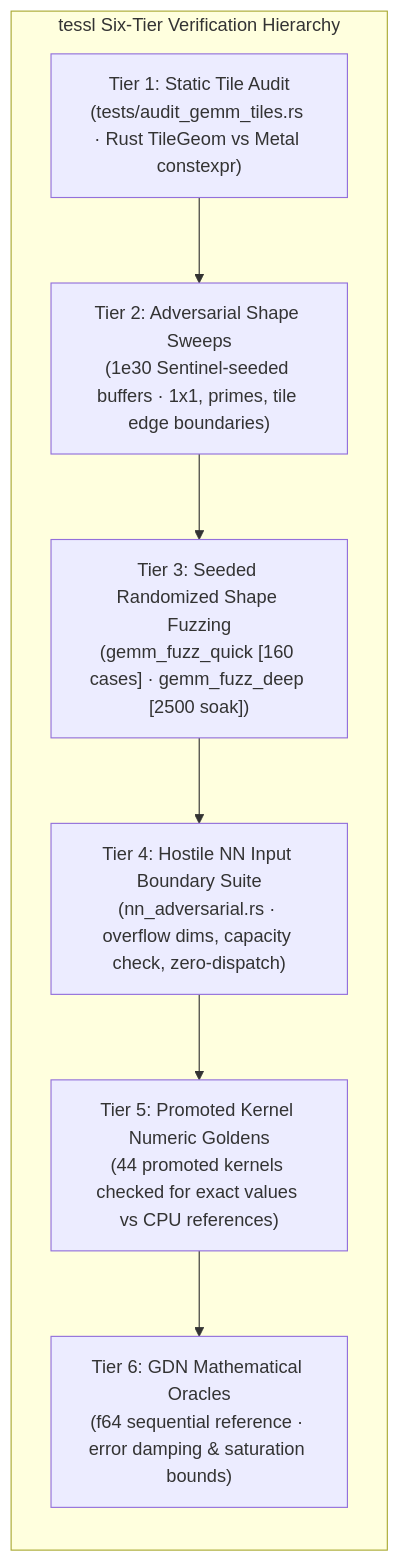
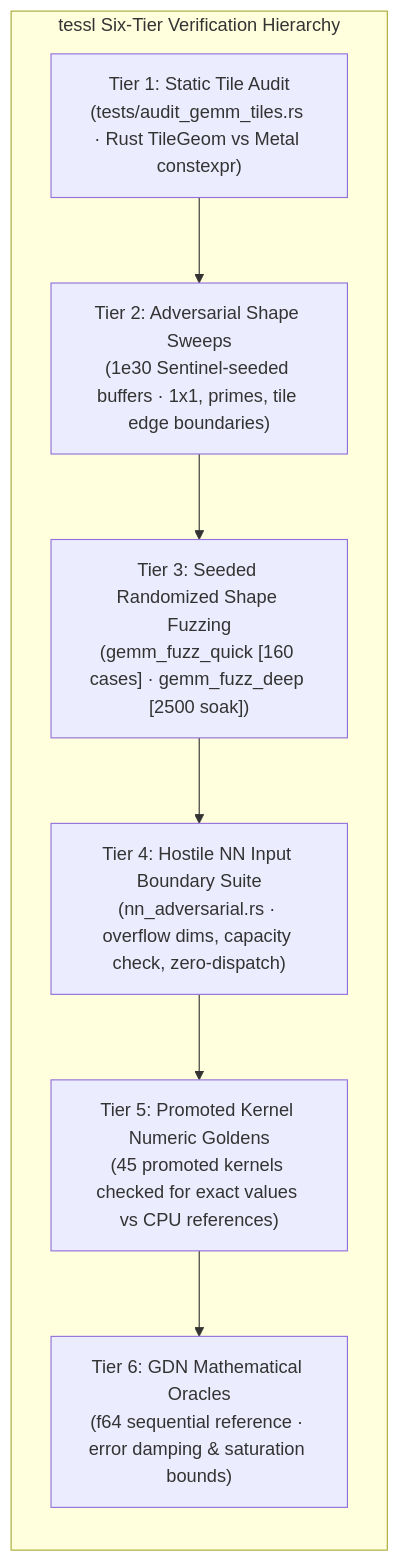
Before and after one commit to bharathvbcr/tessl: the first of 4 diagrams in docs/verification.md, drawn with Mermaid. The commit also changed other lines of this file and 9 other files, not shown here.

Commit message:
qwen35 decode fusion: results file, F32 dispatch derivation, promoted-kernel and entry-point counts, emulator support

````diff
--- a/docs/verification.md
+++ b/docs/verification.md
@@ -8,14 +8,14 @@
 ```mermaid
 flowchart TD
     subgraph VHierarchy["tessl Six-Tier Verification Hierarchy"]
         direction TB
         T1["Tier 1: Static Tile Audit<br/>(tests/audit_gemm_tiles.rs · Rust TileGeom vs Metal constexpr)"]
         T2["Tier 2: Adversarial Shape Sweeps<br/>(1e30 Sentinel-seeded buffers · 1x1, primes, tile edge boundaries)"]
         T3["Tier 3: Seeded Randomized Shape Fuzzing<br/>(gemm_fuzz_quick [160 cases] · gemm_fuzz_deep [2500 soak])"]
         T4["Tier 4: Hostile NN Input Boundary Suite<br/>(nn_adversarial.rs · overflow dims, capacity check, zero-dispatch)"]
-        T5["Tier 5: Promoted Kernel Numeric Goldens<br/>(44 promoted kernels checked for exact values vs CPU references)"]
+        T5["Tier 5: Promoted Kernel Numeric Goldens<br/>(45 promoted kernels checked for exact values vs CPU references)"]
         T6["Tier 6: GDN Mathematical Oracles<br/>(f64 sequential reference · error damping &amp; saturation bounds)"]
 
         T1 --> T2 --> T3 --> T4 --> T5 --> T6
     end
 ```
````
